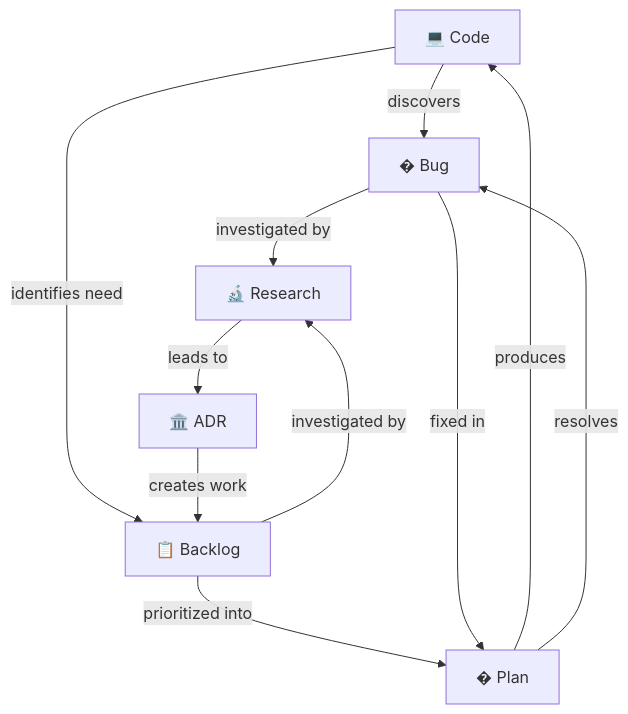
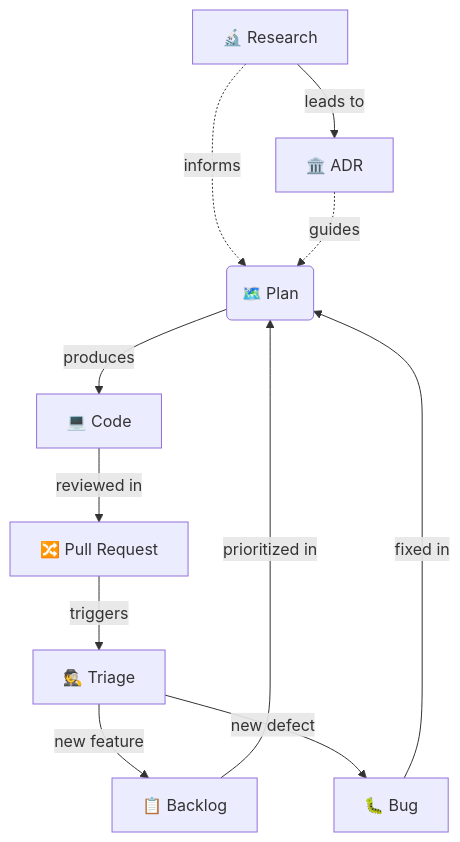
The diagram in README.md (NunoMoura/dev_ops), drawn with Mermaid before and after one commit. The commit also changed other lines of this file and 108 other files, not shown here.

Commit message:
feat: Production Readiness - Plan-Centric Workflow, CI Matrix, and Triage Support

````diff
--- a/README.md
+++ b/README.md
@@ -32,16 +32,23 @@
 ```mermaid
 flowchart TD
-    Code["💻 Code"] --> |discovers| Bug["� Bug"]
-    Code --> |identifies need| Backlog["📋 Backlog"]
-    
-    Bug --> |investigated by| Research["🔬 Research"]
-    Backlog --> |investigated by| Research
-    
-    Research --> |leads to| ADR["🏛️ ADR"]
-    ADR --> |creates work| Backlog
-    
-    Backlog --> |prioritized into| Plan["� Plan"]
-    Bug --> |fixed in| Plan
-    Plan --> |produces| Code
-    Plan --> |resolves| Bug
+    %% Central Hub
+    Plan("🗺️ Plan")
+
+    %% Context & Strategy (Fluid Inputs)
+    Research["🔬 Research"] -.-> |informs| Plan
+    ADR["🏛️ ADR"] -.-> |guides| Plan
+    Research --> |leads to| ADR
+
+    %% Work inputs
+    Backlog["📋 Backlog"] --> |prioritized in| Plan
+    Bug["🐛 Bug"] --> |fixed in| Plan
+
+    %% Execution Output
+    Plan --> |produces| Code["💻 Code"]
+    Code --> |reviewed in| PR["🔀 Pull Request"]
+
+    %% Continuous Feedback
+    PR --> |triggers| Triage["🕵️ Triage"]
+    Triage --> |new feature| Backlog
+    Triage --> |new defect| Bug
 ```
````
